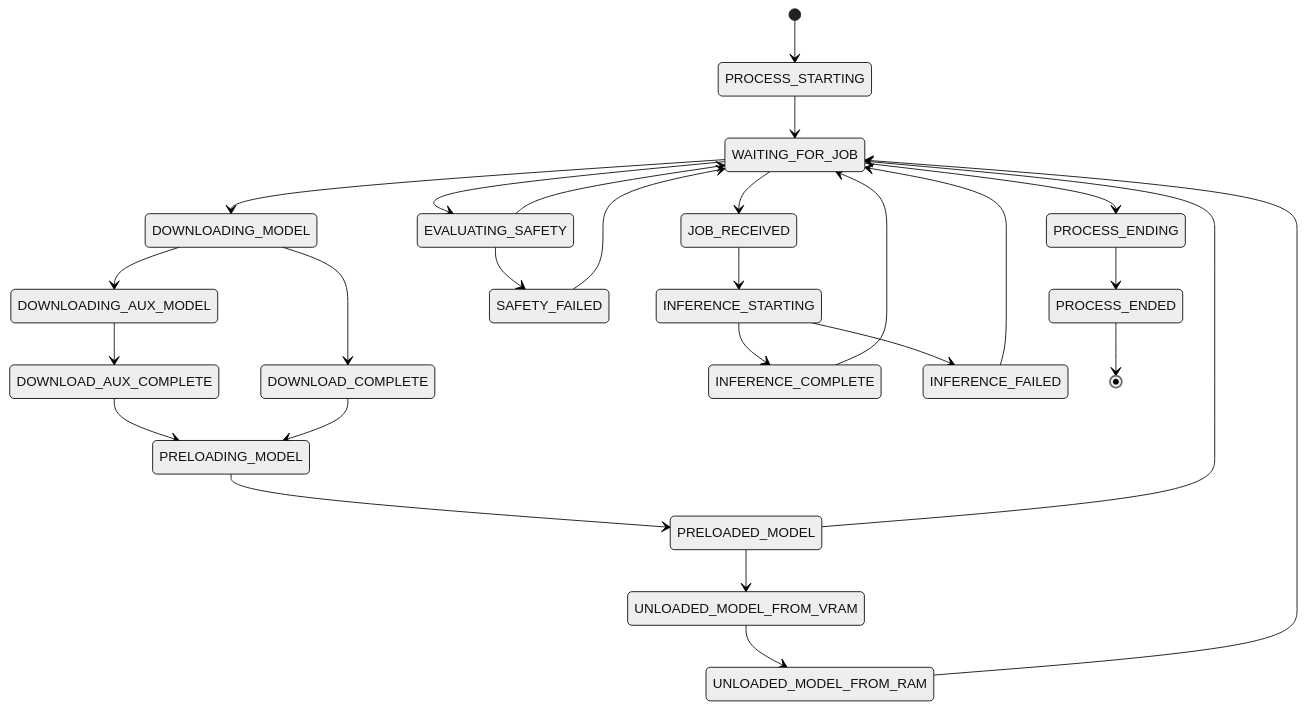
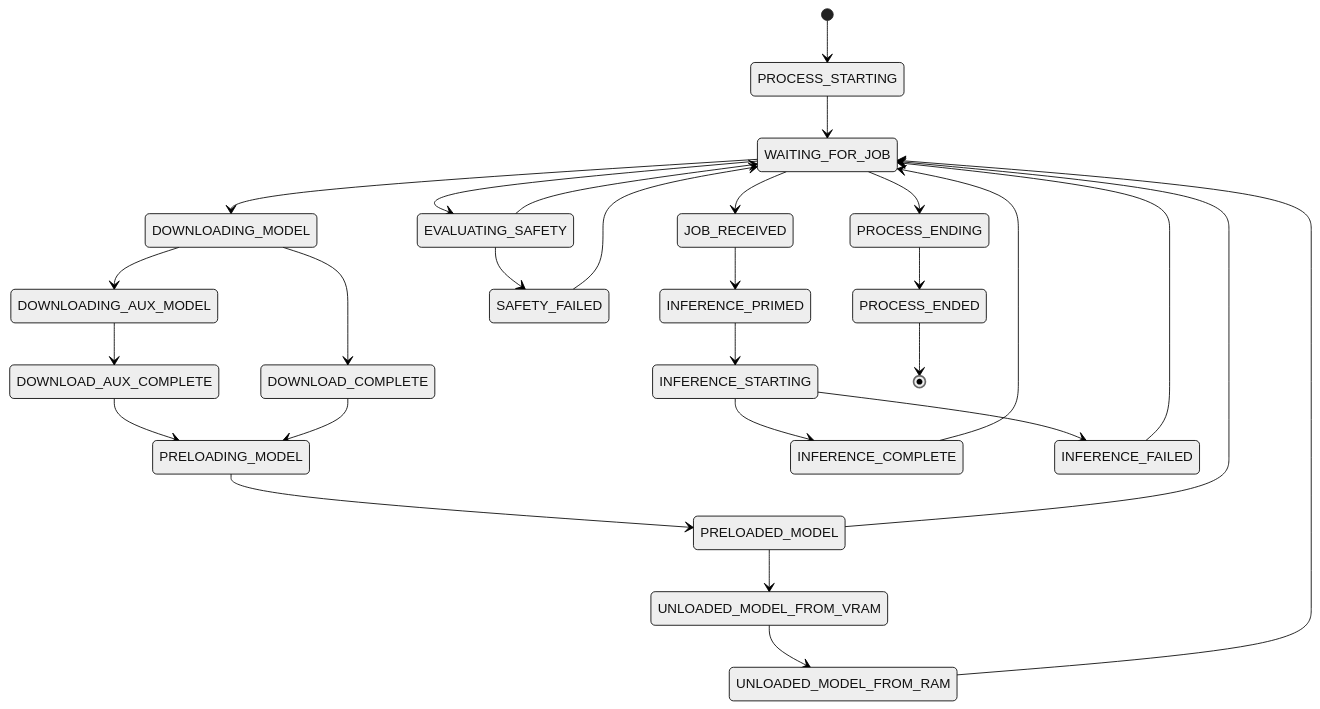
Before and after one commit to tazlin/horde-worker-reGen: the diagram in docs/explanation/ipc_and_messaging.md, drawn with Mermaid (neutral theme). The commit also changed other lines of this file and 24 other files, not shown here.

First line of the commit message:
refactor: inference primed state and idle-fill pops

````diff
--- a/docs/explanation/ipc_and_messaging.md
+++ b/docs/explanation/ipc_and_messaging.md
@@ -87,29 +87,30 @@
 ```mermaid
 stateDiagram-v2
     [*] --> PROCESS_STARTING
     PROCESS_STARTING --> WAITING_FOR_JOB
     WAITING_FOR_JOB --> DOWNLOADING_MODEL
     DOWNLOADING_MODEL --> DOWNLOAD_COMPLETE
     DOWNLOADING_MODEL --> DOWNLOADING_AUX_MODEL
     DOWNLOADING_AUX_MODEL --> DOWNLOAD_AUX_COMPLETE
     DOWNLOAD_AUX_COMPLETE --> PRELOADING_MODEL
     DOWNLOAD_COMPLETE --> PRELOADING_MODEL
     PRELOADING_MODEL --> PRELOADED_MODEL
     PRELOADED_MODEL --> WAITING_FOR_JOB
     PRELOADED_MODEL --> UNLOADED_MODEL_FROM_VRAM
     UNLOADED_MODEL_FROM_VRAM --> UNLOADED_MODEL_FROM_RAM
     UNLOADED_MODEL_FROM_RAM --> WAITING_FOR_JOB
     WAITING_FOR_JOB --> JOB_RECEIVED
-    JOB_RECEIVED --> INFERENCE_STARTING
+    JOB_RECEIVED --> INFERENCE_PRIMED
+    INFERENCE_PRIMED --> INFERENCE_STARTING
     INFERENCE_STARTING --> INFERENCE_COMPLETE
     INFERENCE_STARTING --> INFERENCE_FAILED
     INFERENCE_COMPLETE --> WAITING_FOR_JOB
     INFERENCE_FAILED --> WAITING_FOR_JOB
     WAITING_FOR_JOB --> EVALUATING_SAFETY
     EVALUATING_SAFETY --> WAITING_FOR_JOB
     EVALUATING_SAFETY --> SAFETY_FAILED
     SAFETY_FAILED --> WAITING_FOR_JOB
     WAITING_FOR_JOB --> PROCESS_ENDING
     PROCESS_ENDING --> PROCESS_ENDED
     PROCESS_ENDED --> [*]
 ```
````
